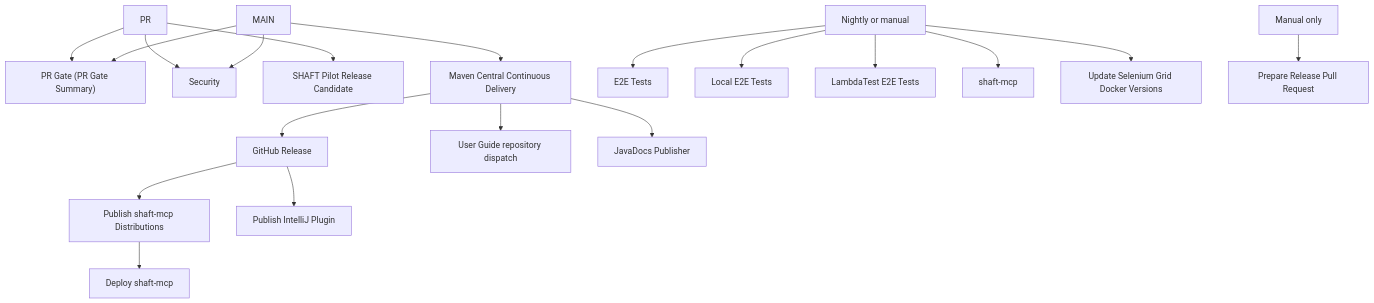
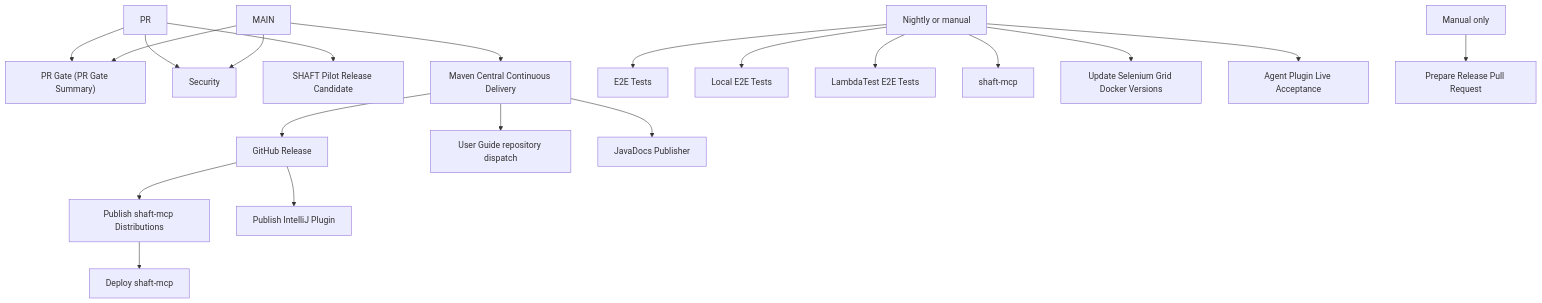
The diagram in .github/workflows/README.md (ShaftHQ/SHAFT_ENGINE), drawn with Mermaid before and after one commit. The commit also changed other lines of this file and 66 other files, not shown here.

````diff
--- a/.github/workflows/README.md
+++ b/.github/workflows/README.md
@@ -8,25 +8,26 @@
 ```mermaid
 flowchart TD
   PR --> GATE["PR Gate (PR Gate Summary)"]
   PR --> SEC["Security"]
   PR --> PILOT["SHAFT Pilot Release Candidate"]
 
   MAIN --> GATE
   MAIN --> SEC
   MAIN --> CD["Maven Central Continuous Delivery"]
 
   CD --> REL["GitHub Release"]
   CD --> DOCS["User Guide repository dispatch"]
   CD --> JAVADOCS["JavaDocs Publisher"]
   REL --> MCP_PUBLISH["Publish shaft-mcp Distributions"]
   REL --> IDEA_PUBLISH["Publish IntelliJ Plugin"]
   MCP_PUBLISH --> MCP_DEPLOY["Deploy shaft-mcp"]
 
   NIGHTLY["Nightly or manual"] --> E2E["E2E Tests"]
   NIGHTLY --> LOCAL_E2E["Local E2E Tests"]
   NIGHTLY --> LT["LambdaTest E2E Tests"]
   NIGHTLY --> MCP_TEST["shaft-mcp"]
   NIGHTLY --> GRID["Update Selenium Grid Docker Versions"]
+  NIGHTLY --> PLUGINS["Agent Plugin Live Acceptance"]
 
   MANUAL["Manual only"] --> RELEASE_PR["Prepare Release Pull Request"]
 ```
````
